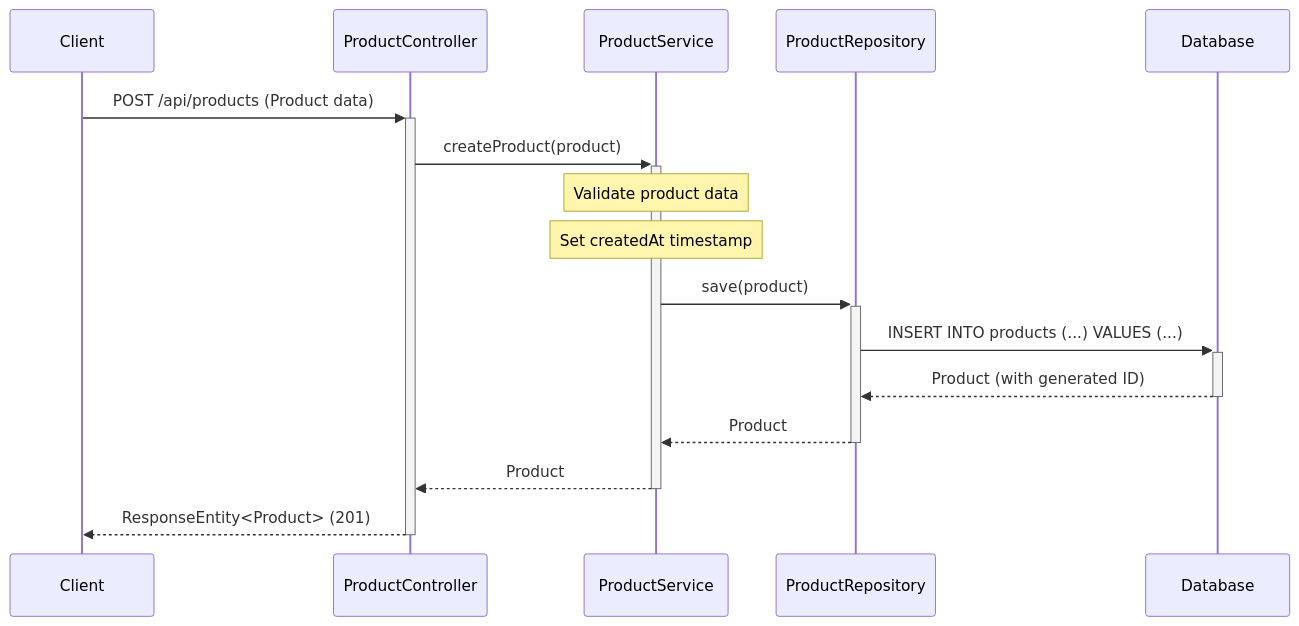
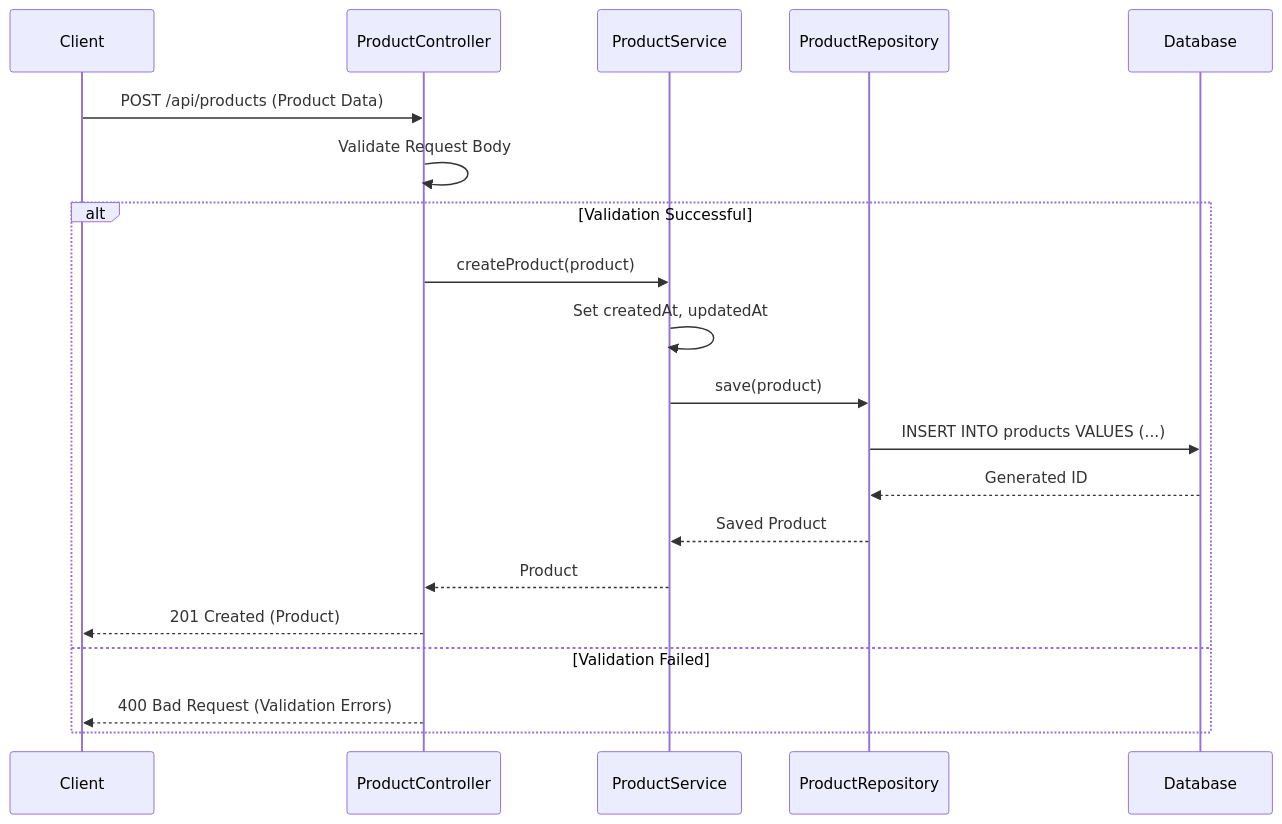
The fifth of 13 diagrams in docs/LLD/lld.md (NavneetBN47/aava-ecom-demo), drawn with Mermaid before and after one commit. The commit also changed other lines of this file, not shown here.

````diff
--- a/docs/LLD/lld.md
+++ b/docs/LLD/lld.md
@@ -259,21 +259,24 @@
 ```mermaid
 sequenceDiagram
     participant Client
     participant ProductController
     participant ProductService
     participant ProductRepository
     participant Database
+
+    Client->>ProductController: POST /api/products (Product Data)
+    ProductController->>ProductController: Validate Request Body
     
-    Client->>+ProductController: POST /api/products (Product data)
-    ProductController->>+ProductService: createProduct(product)
-    
-    Note over ProductService: Validate product data
-    Note over ProductService: Set createdAt timestamp
-    
-    ProductService->>+ProductRepository: save(product)
-    ProductRepository->>+Database: INSERT INTO products (...) VALUES (...)
-    Database-->>-ProductRepository: Product (with generated ID)
-    ProductRepository-->>-ProductService: Product
-    ProductService-->>-ProductController: Product
-    ProductController-->>-Client: ResponseEntity<Product> (201)
+    alt Validation Successful
+        ProductController->>ProductService: createProduct(product)
+        ProductService->>ProductService: Set createdAt, updatedAt
+        ProductService->>ProductRepository: save(product)
+        ProductRepository->>Database: INSERT INTO products VALUES (...)
+        Database-->>ProductRepository: Generated ID
+        ProductRepository-->>ProductService: Saved Product
+        ProductService-->>ProductController: Product
+        ProductController-->>Client: 201 Created (Product)
+    else Validation Failed
+        ProductController-->>Client: 400 Bad Request (Validation Errors)
+    end
 ```
````
